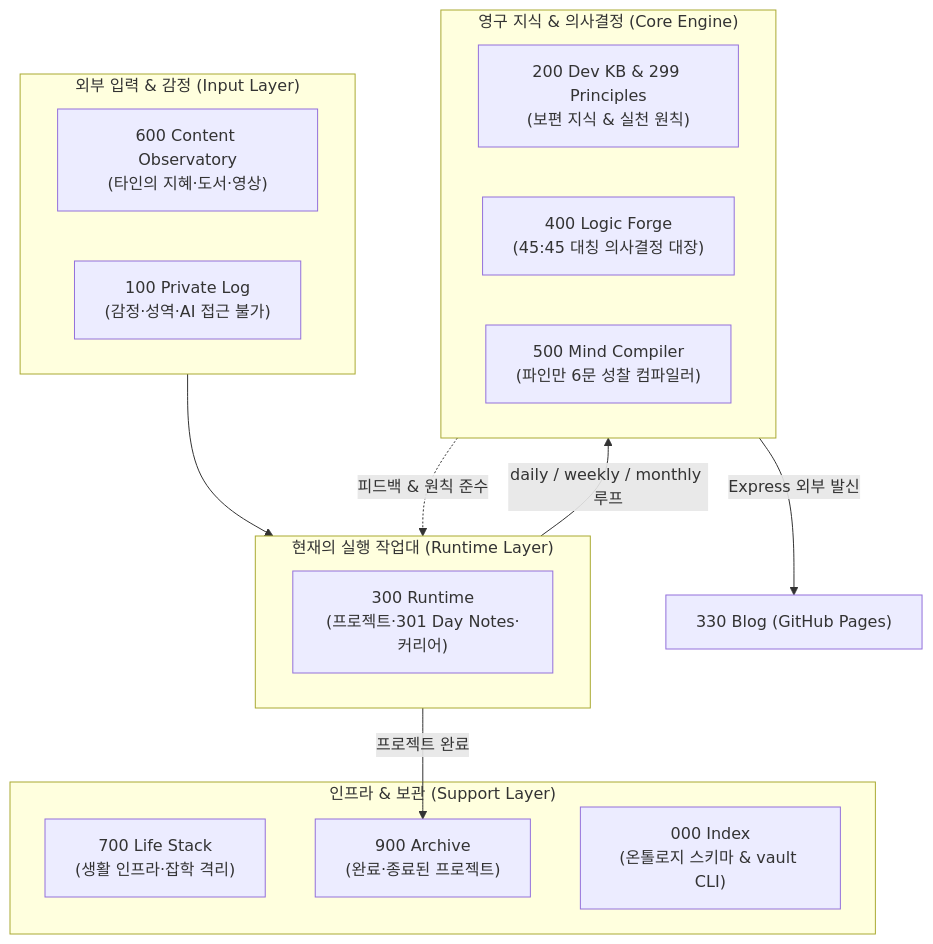
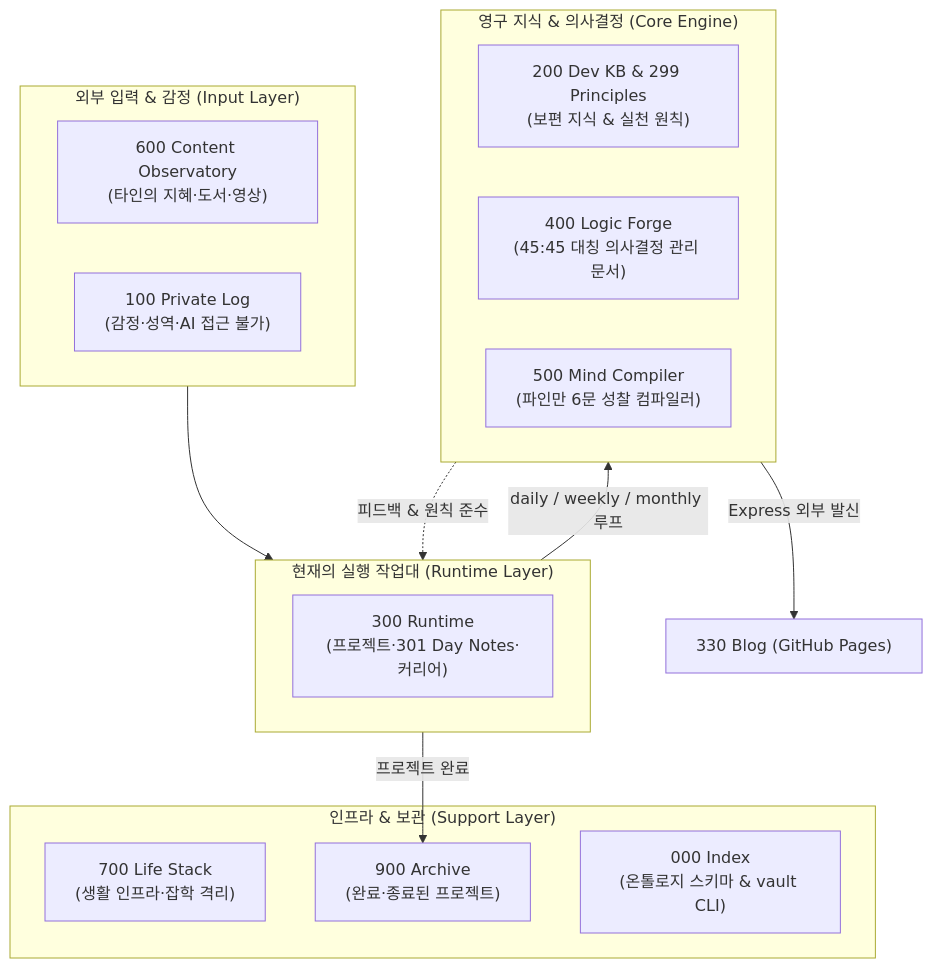
One commit to tomato-vault/tomato-vault.github.io changed the diagram in _posts/tech/vault-os/0 지식은 왜 썩는가, 6000개 마크다운 노트가 쓰레기통이 된 날.md. Above: the diagram before and after it, drawn with Mermaid. The commit also changed other lines of this file and 24 other files, not shown here.

````diff
--- a/_posts/tech/vault-os/0 지식은 왜 썩는가, 6000개 마크다운 노트가 쓰레기통이 된 날.md
+++ b/_posts/tech/vault-os/0 지식은 왜 썩는가, 6000개 마크다운 노트가 쓰레기통이 된 날.md
@@ -107,29 +107,29 @@
 ```mermaid
 flowchart TD
     subgraph INTAKE ["외부 입력 & 감정 (Input Layer)"]
         C600["600 Content Observatory<br/>(타인의 지혜·도서·영상)"]
         L100["100 Private Log<br/>(감정·성역·AI 접근 불가)"]
     end
 
     subgraph WORKSPACE ["현재의 실행 작업대 (Runtime Layer)"]
         R300["300 Runtime<br/>(프로젝트·301 Day Notes·커리어)"]
     end
 
     subgraph CORE ["영구 지식 & 의사결정 (Core Engine)"]
         KB200["200 Dev KB & 299 Principles<br/>(보편 지식 & 실천 원칙)"]
-        LF400["400 Logic Forge<br/>(45:45 대칭 의사결정 대장)"]
+        LF400["400 Logic Forge<br/>(45:45 대칭 의사결정 관리 문서)"]
         MC500["500 Mind Compiler<br/>(파인만 6문 성찰 컴파일러)"]
     end
 
     subgraph LIFE_RETIRE ["인프라 & 보관 (Support Layer)"]
         L700["700 Life Stack<br/>(생활 인프라·잡학 격리)"]
         A900["900 Archive<br/>(완료·종료된 프로젝트)"]
         I000["000 Index<br/>(온톨로지 스키마 & vault CLI)"]
     end
 
     INTAKE --> WORKSPACE
     WORKSPACE -->|daily / weekly / monthly 루프| CORE
     WORKSPACE -->|프로젝트 완료| A900
     CORE -.->|피드백 & 원칙 준수| WORKSPACE
     CORE -->|Express 외부 발신| BLOG["330 Blog (GitHub Pages)"]
 ```
````
